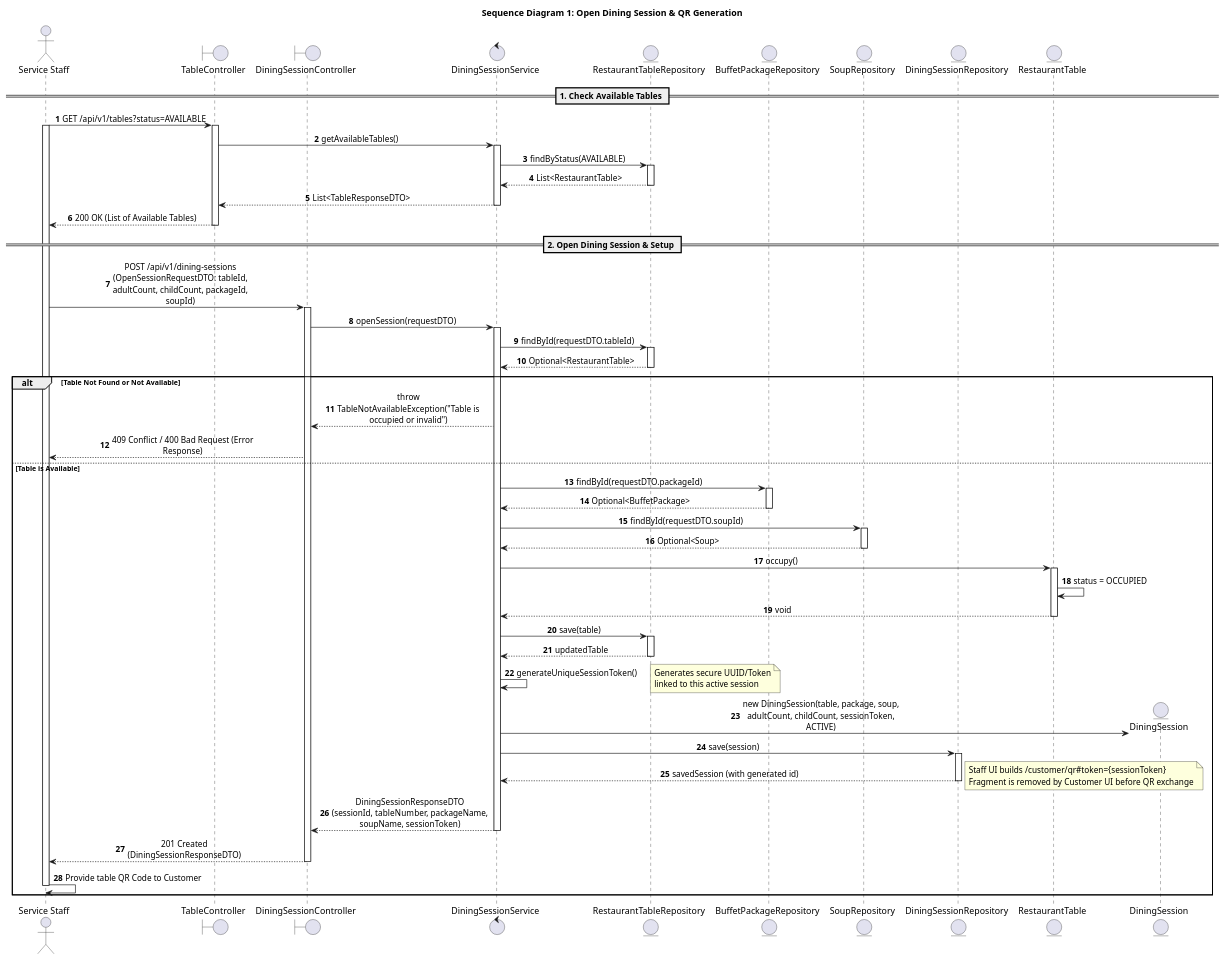
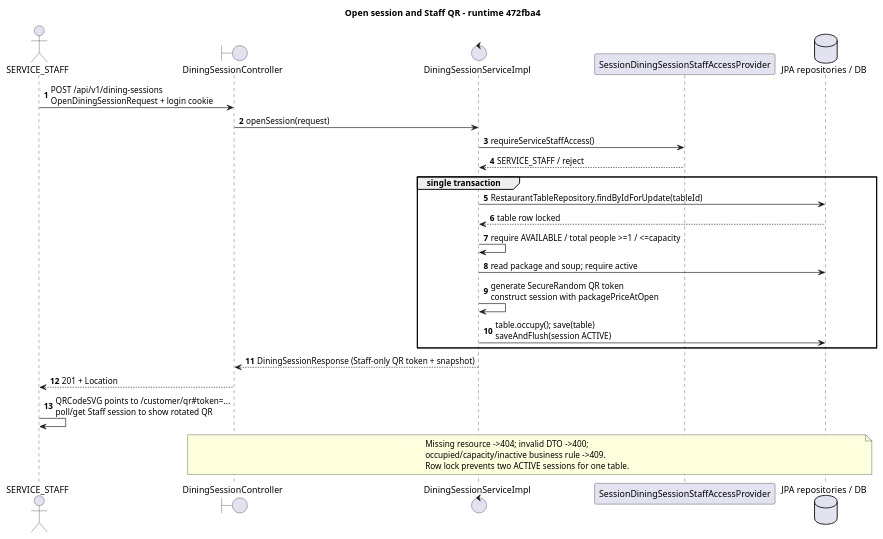
Before and after one commit to PavaritPramual/buffet-restaurant-management-system: the diagram in doc/diagrams/sequence-open-session.puml, drawn with PlantUML. The commit also changed 22 other files, not shown here.

Commit message:
docs: align component and session diagrams with runtime flow

```diff
--- a/doc/diagrams/sequence-open-session.puml
+++ b/doc/diagrams/sequence-open-session.puml
@@ -1,93 +1,31 @@
 @startuml
-title Sequence Diagram 1: Open Dining Session & QR Generation
-
-skinparam sequenceMessageAlign center
-skinparam responseMessageBelowArrow true
-skinparam maxMessageSize 250
+skinparam shadowing false
+skinparam defaultFontName Tahoma
+title Open session and Staff QR - runtime 472fba4
 autonumber
-
-actor "Service Staff" as Staff
-boundary "TableController" as TC
-boundary "DiningSessionController" as DSC
-control "DiningSessionService" as DSS
-entity "RestaurantTableRepository" as TR
-entity "BuffetPackageRepository" as BPR
-entity "SoupRepository" as SR
-entity "DiningSessionRepository" as DSR
-entity "RestaurantTable" as Table
-entity "DiningSession" as Session
-
-== 1. Check Available Tables ==
-Staff -> TC: GET /api/v1/tables?status=AVAILABLE
-activate Staff
-activate TC
-TC -> DSS: getAvailableTables()
-activate DSS
-DSS -> TR: findByStatus(AVAILABLE)
-activate TR
-TR --> DSS: List<RestaurantTable>
-deactivate TR
-DSS --> TC: List<TableResponseDTO>
-deactivate DSS
-TC --> Staff: 200 OK (List of Available Tables)
-deactivate TC
-
-== 2. Open Dining Session & Setup ==
-Staff -> DSC: POST /api/v1/dining-sessions\n(OpenSessionRequestDTO: tableId, adultCount, childCount, packageId, soupId)
-activate DSC
-DSC -> DSS: openSession(requestDTO)
-activate DSS
-
-DSS -> TR: findById(requestDTO.tableId)
-activate TR
-TR --> DSS: Optional<RestaurantTable>
-deactivate TR
-
-alt Table Not Found or Not Available
-    DSS --> DSC: throw TableNotAvailableException("Table is occupied or invalid")
-    DSC --> Staff: 409 Conflict / 400 Bad Request (Error Response)
-else Table is Available
-    DSS -> BPR: findById(requestDTO.packageId)
-    activate BPR
-    BPR --> DSS: Optional<BuffetPackage>
-    deactivate BPR
-
-    DSS -> SR: findById(requestDTO.soupId)
-    activate SR
-    SR --> DSS: Optional<Soup>
-    deactivate SR
-
-    DSS -> Table: occupy()
-    activate Table
-    Table -> Table: status = OCCUPIED
-    Table --> DSS: void
-    deactivate Table
-
-    DSS -> TR: save(table)
-    activate TR
-    TR --> DSS: updatedTable
-    deactivate TR
-
-    DSS -> DSS: generateUniqueSessionToken()
-    note right: Generates secure UUID/Token\nlinked to this active session
-
-    create Session
-    DSS -> Session: new DiningSession(table, package, soup,\nadultCount, childCount, sessionToken, ACTIVE)
-
-    DSS -> DSR: save(session)
-    activate DSR
-    DSR --> DSS: savedSession (with generated id)
-    deactivate DSR
-
-    note right: Staff UI builds /customer/qr#token={sessionToken}\nFragment is removed by Customer UI before QR exchange
-
-    DSS --> DSC: DiningSessionResponseDTO\n(sessionId, tableNumber, packageName, soupName, sessionToken)
-    deactivate DSS
-    DSC --> Staff: 201 Created (DiningSessionResponseDTO)
-    deactivate DSC
-
-    Staff -> Staff: Provide table QR Code to Customer
-    deactivate Staff
+actor SERVICE_STAFF as Staff
+boundary DiningSessionController as C
+control DiningSessionServiceImpl as S
+participant SessionDiningSessionStaffAccessProvider as Access
+database "JPA repositories / DB" as DB
+Staff -> C : POST /api/v1/dining-sessions\nOpenDiningSessionRequest + login cookie
+C -> S : openSession(request)
+S -> Access : requireServiceStaffAccess()
+Access --> S : SERVICE_STAFF / reject
+group single transaction
+ S -> DB : RestaurantTableRepository.findByIdForUpdate(tableId)
+ DB --> S : table row locked
+ S -> S : require AVAILABLE / total people >=1 / <=capacity
+ S -> DB : read package and soup; require active
+ S -> S : generate SecureRandom QR token\nconstruct session with packagePriceAtOpen
+ S -> DB : table.occupy(); save(table)\nsaveAndFlush(session ACTIVE)
 end
-
+S --> C : DiningSessionResponse (Staff-only QR token + snapshot)
+C --> Staff : 201 + Location
+Staff -> Staff : QRCodeSVG points to /customer/qr#token=...\npoll/get Staff session to show rotated QR
+note over C,DB
+ Missing resource ->404; invalid DTO ->400;
+ occupied/capacity/inactive business rule ->409.
+ Row lock prevents two ACTIVE sessions for one table.
+end note
 @enduml
```
